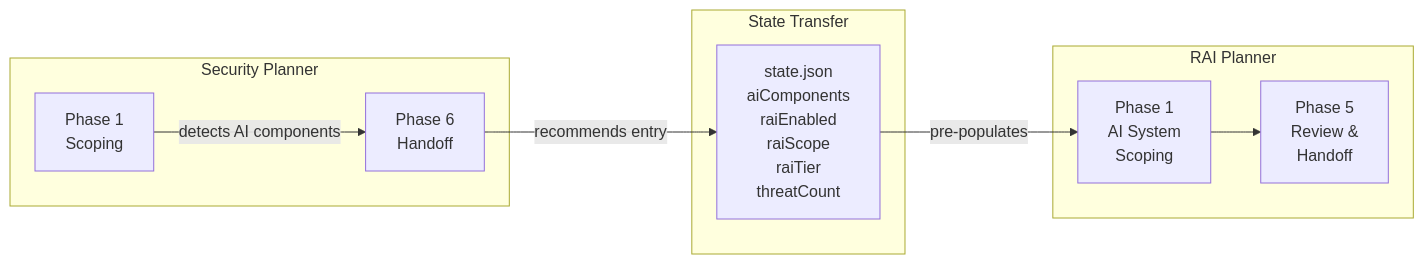
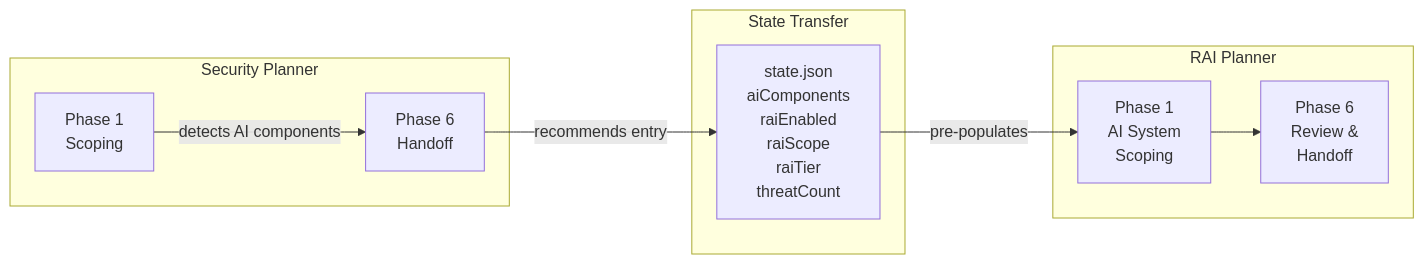
Before and after one commit to beragowhere/hve-core-adapted: the first of 2 diagrams in docs/agents/rai-planning/handoff-pipeline.md, drawn with Mermaid. The commit also changed other lines of this file and 38 other files, not shown here.

````diff
--- a/docs/agents/rai-planning/handoff-pipeline.md
+++ b/docs/agents/rai-planning/handoff-pipeline.md
@@ -26,20 +26,20 @@
 ```mermaid
 flowchart LR
   subgraph SP ["Security Planner"]
     SP1["Phase 1\nScoping"]
     SP6["Phase 6\nHandoff"]
     SP1 -->|"detects AI components"| SP6
   end
 
   subgraph Handoff ["State Transfer"]
     ST["state.json\naiComponents\nraiEnabled\nraiScope\nraiTier\nthreatCount"]
   end
 
   subgraph RP ["RAI Planner"]
     RP1["Phase 1\nAI System\nScoping"]
-    RP5["Phase 5\nReview &<br/>Handoff"]
-    RP1 --> RP5
+    RP6["Phase 6\nReview &<br/>Handoff"]
+    RP1 --> RP6
   end
   SP6 -->|"recommends entry"| ST
   ST -->|"pre-populates"| RP1
 ```
````
